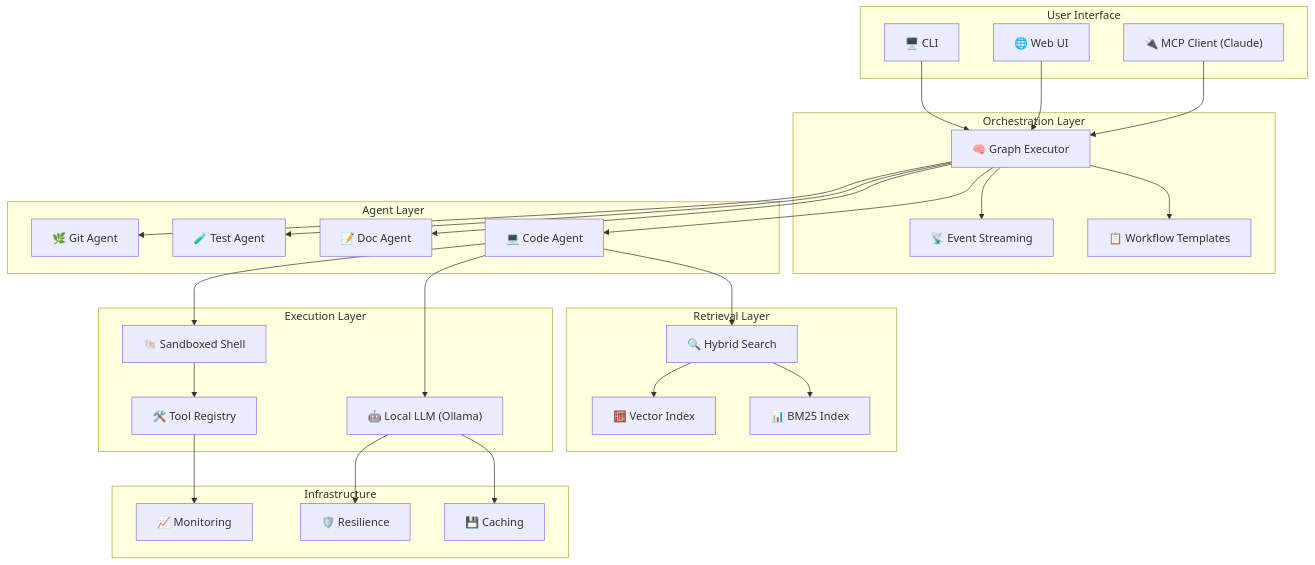
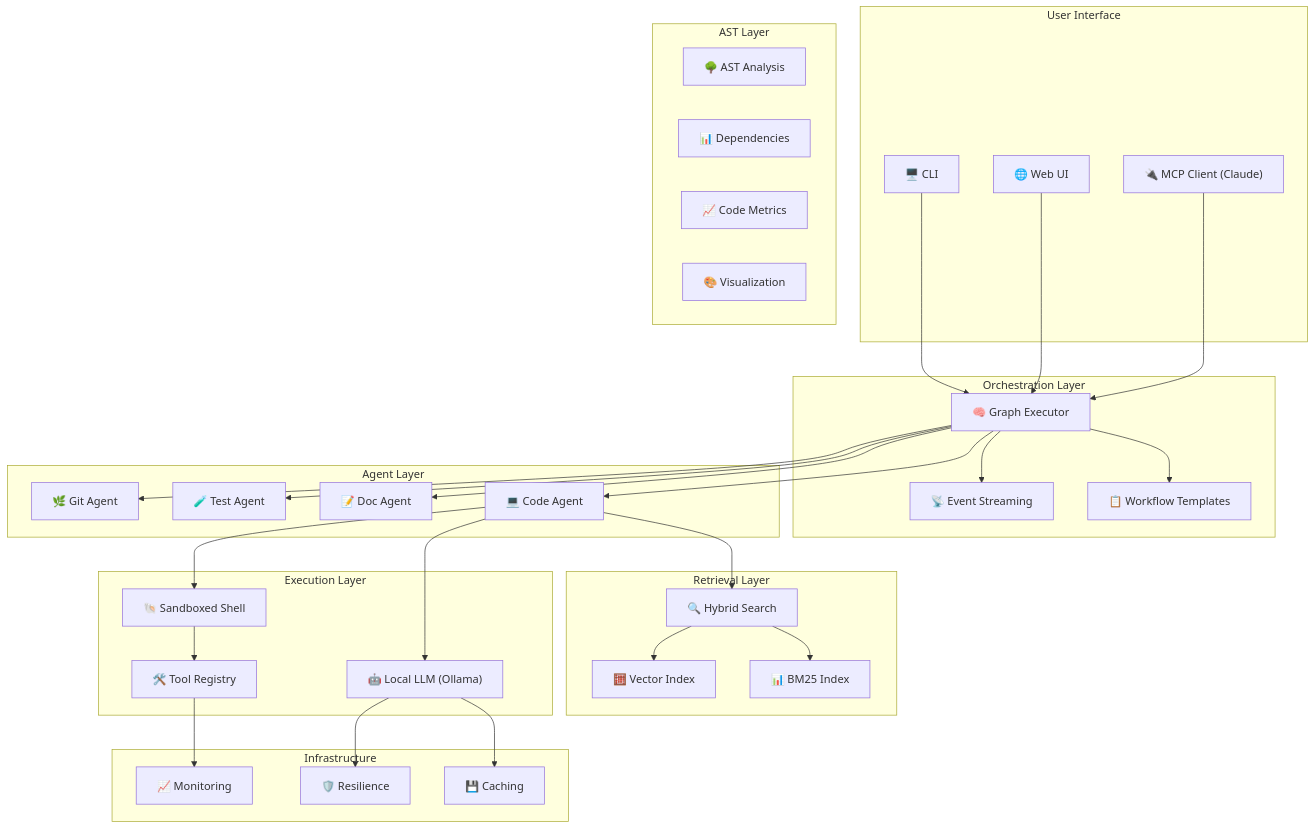
The diagram in README.md (ovitrac/RAGIX), drawn with Mermaid before and after one commit. The commit also changed other lines of this file and 95 other files, not shown here.

````diff
--- a/README.md
+++ b/README.md
@@ -151,62 +241,69 @@
 ```mermaid
 flowchart TB
     subgraph "User Interface"
         CLI["🖥️ CLI"]
         WEB["🌐 Web UI"]
         MCP["🔌 MCP Client (Claude)"]
     end
 
     subgraph "Orchestration Layer"
         ORCH["🧠 Graph Executor"]
         TEMPLATES["📋 Workflow Templates"]
         STREAM["📡 Event Streaming"]
     end
 
     subgraph "Agent Layer"
         CODE["💻 Code Agent"]
         DOC["📝 Doc Agent"]
         TEST["🧪 Test Agent"]
         GIT["🌿 Git Agent"]
+    end
+
+    subgraph "AST Layer"
+        AST["🌳 AST Analysis"]
+        DEPS["📊 Dependencies"]
+        METRICS["📈 Code Metrics"]
+        VIZ["🎨 Visualization"]
     end
 
     subgraph "Retrieval Layer"
         HYBRID["🔍 Hybrid Search"]
         BM25["📊 BM25 Index"]
         VEC["🧮 Vector Index"]
     end
 
     subgraph "Execution Layer"
         LLM["🤖 Local LLM (Ollama)"]
         SHELL["🐚 Sandboxed Shell"]
         TOOLS["🛠️ Tool Registry"]
     end
 
     subgraph "Infrastructure"
         CACHE["💾 Caching"]
         MONITOR["📈 Monitoring"]
         RESIL["🛡️ Resilience"]
     end
 
     CLI --> ORCH
     WEB --> ORCH
     MCP --> ORCH
 
     ORCH --> TEMPLATES
     ORCH --> STREAM
     ORCH --> CODE
     ORCH --> DOC
     ORCH --> TEST
     ORCH --> GIT
 
     CODE --> HYBRID
     CODE --> LLM
     CODE --> SHELL
 
     HYBRID --> BM25
     HYBRID --> VEC
 
     LLM --> CACHE
     SHELL --> TOOLS
     TOOLS --> MONITOR
     LLM --> RESIL
 ```
````
